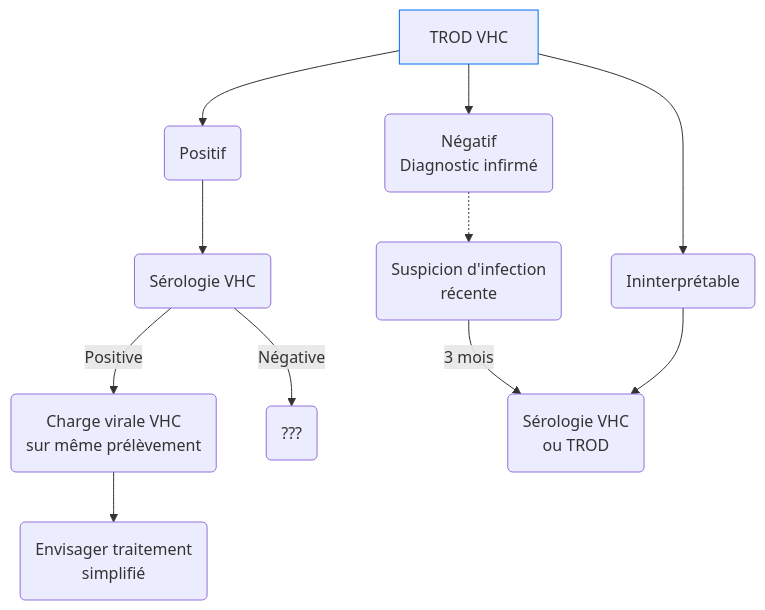
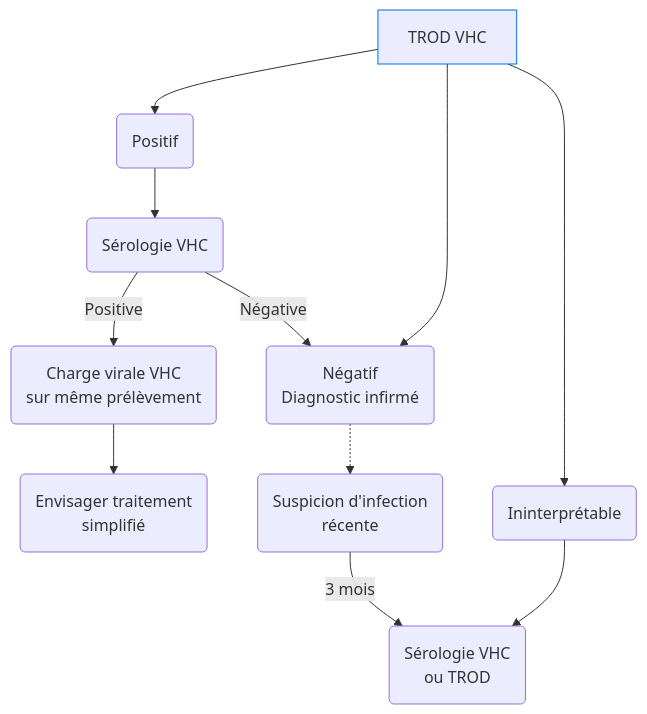
The second of 2 diagrams in content/recommandations/hepatite-c.md (djibe/recommandations-medicales), drawn with Mermaid before and after one commit. The commit also changed other lines of this file and 6 other files, not shown here.

```diff
--- a/content/recommandations/hepatite-c.md
+++ b/content/recommandations/hepatite-c.md
@@ -267,14 +270,14 @@
 {{< mermaid title="Conduite à tenir dans les suites de la réalisation d'un TROD VHC. Dr JB FRON d'après HAS 2019" >}}
 graph TB
   trod[TROD VHC] --> trod+(Positif)
   style trod stroke:#006ef4, stroke-width:1px
   trod+ --> serologie(Sérologie VHC)
     serologie -- Positive --> pcr(Charge virale VHC<br>sur même prélèvement)
     pcr --> mg(Envisager traitement<br>simplifié)
-    serologie -- Négative --> TODO(???)
+    serologie -- Négative --> trod-
   trod --> trod-(Négatif<br>Diagnostic infirmé)
     trod- -.-> infRecente("Suspicion d'infection<br>récente")
     infRecente -- 3 mois --> 3mois(Sérologie VHC<br>ou TROD)
   trod --> trodIncertain(Ininterprétable)
     trodIncertain --> 3mois
 {{< /mermaid >}}
```
